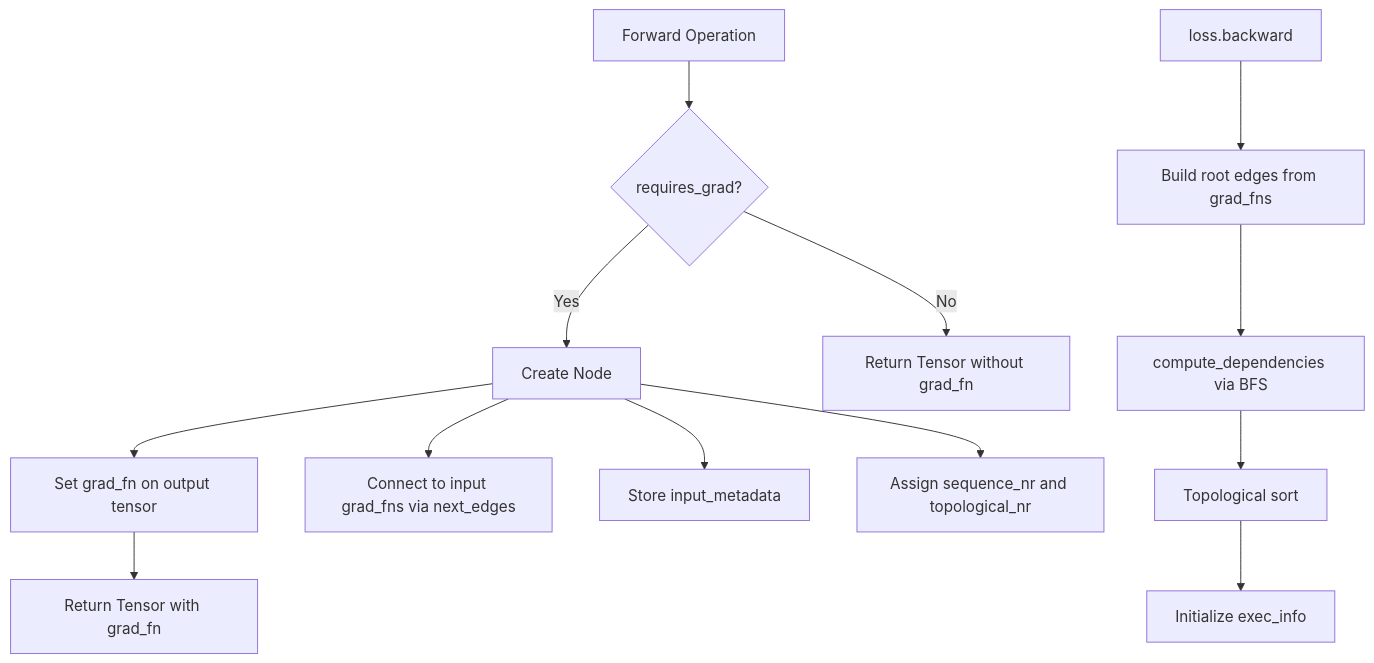
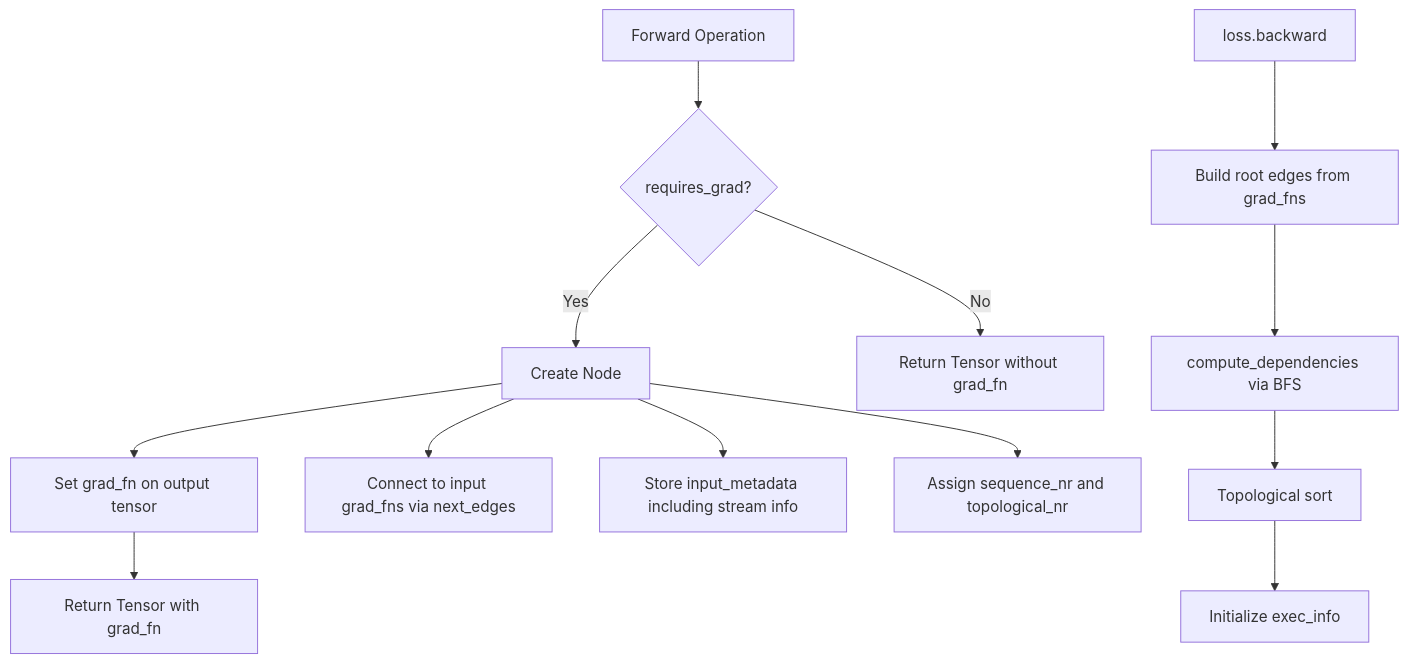
One commit to s0okiym/share changed the second of 11 diagrams in torch/opencode_kimi_autograd_engine.md. Above: the diagram before and after it, drawn with Mermaid. The commit also changed other lines of this file and 21 other files, not shown here.

````diff
--- a/torch/opencode_kimi_autograd_engine.md
+++ b/torch/opencode_kimi_autograd_engine.md
@@ -194,18 +199,18 @@
 ```mermaid
 flowchart TD
-    A[Forward Operation] --> B{requires_grad?}
-    B -->|Yes| C[Create Node]
-    B -->|No| D[Return Tensor without grad_fn]
+    A["Forward Operation"] --> B{"requires_grad?"}
+    B -->|Yes| C["Create Node"]
+    B -->|No| D["Return Tensor without grad_fn"]
     
-    C --> E[Set grad_fn on output tensor]
-    C --> F[Connect to input grad_fns via next_edges]
-    C --> G[Store input_metadata]
-    C --> H[Assign sequence_nr and topological_nr]
+    C --> E["Set grad_fn on output tensor"]
+    C --> F["Connect to input grad_fns via next_edges"]
+    C --> G["Store input_metadata including stream info"]
+    C --> H["Assign sequence_nr and topological_nr"]
     
-    E --> I[Return Tensor with grad_fn]
+    E --> I["Return Tensor with grad_fn"]
     
-    J[loss.backward] --> K[Build root edges from grad_fns]
-    K --> L[compute_dependencies via BFS]
-    L --> M[Topological sort]
-    M --> N[Initialize exec_info]
+    J["loss.backward"] --> K["Build root edges from grad_fns"]
+    K --> L["compute_dependencies via BFS"]
+    L --> M["Topological sort"]
+    M --> N["Initialize exec_info"]
 ```
````
